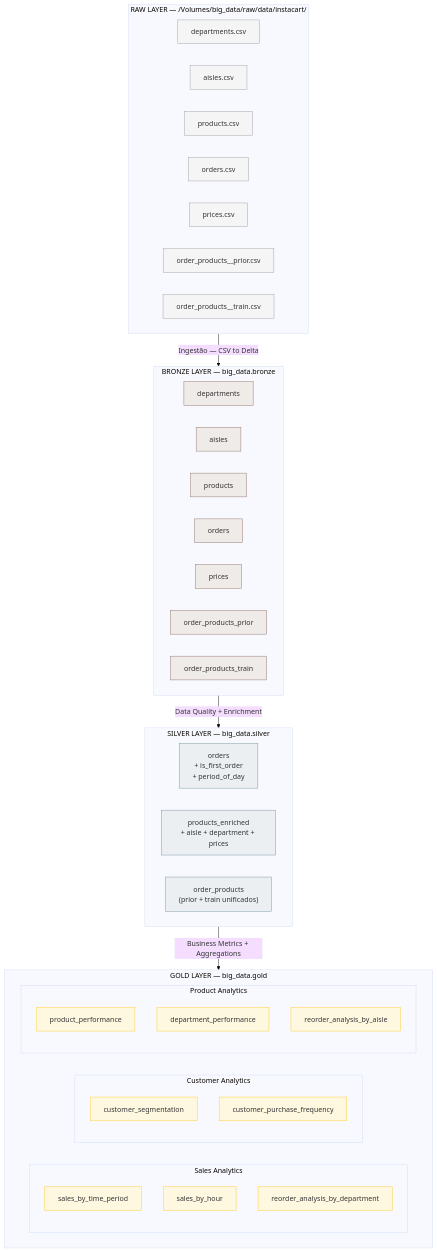
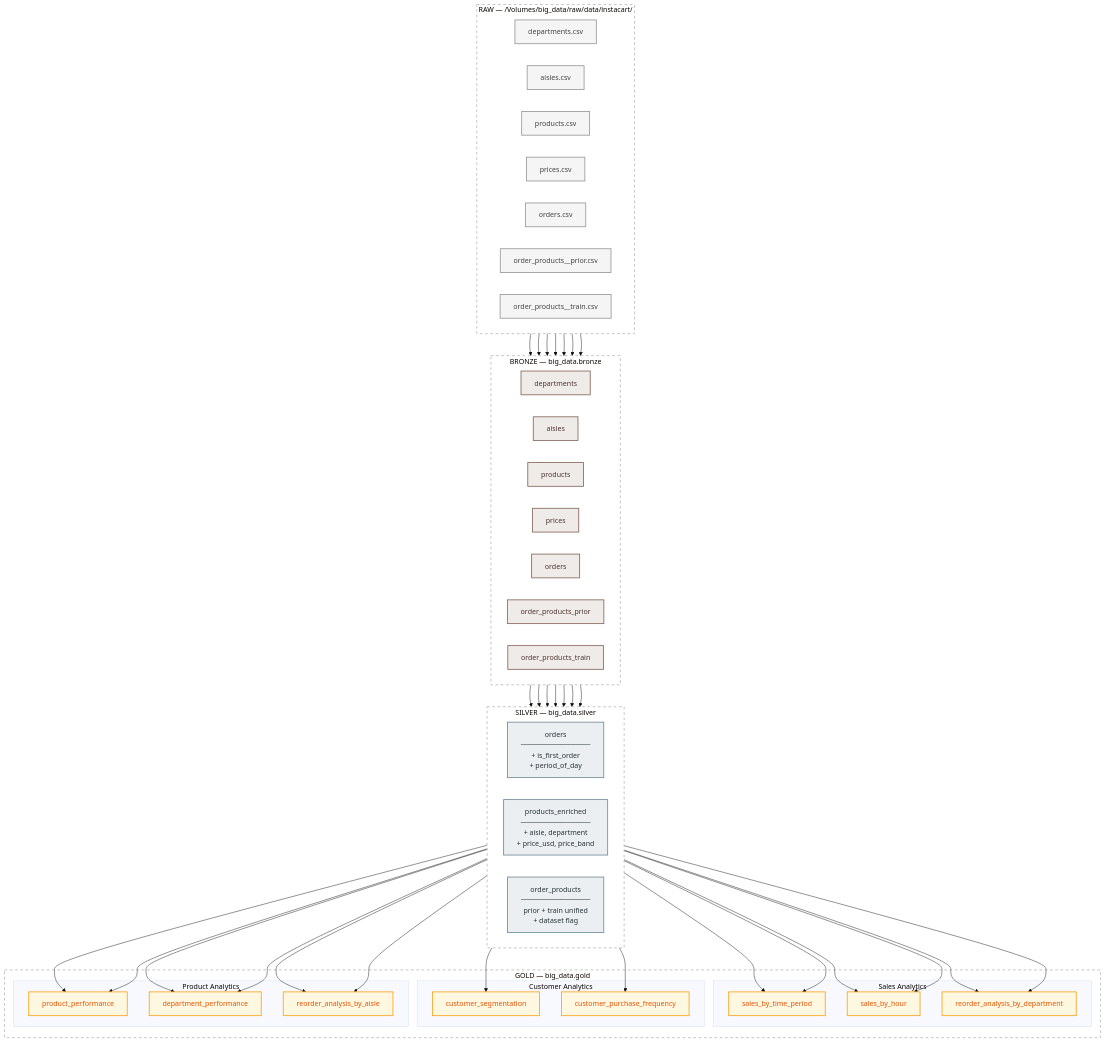
Before and after one commit to Kal-0/credit_card_fraud_detection: the diagram in docs/arquitetura.md, drawn with Mermaid (base theme). The commit also changed other lines of this file and 3 other files, not shown here.

Commit message:
updated README.md, docs/arquitetura.md, docs/pipeline.md; renamed diagram.md to docs/diagram.md

````diff
--- a/docs/arquitetura.md
+++ b/docs/arquitetura.md
@@ -73,59 +74,108 @@
 ```mermaid
 flowchart TD
 
-classDef raw fill:#f5f5f5,stroke:#9e9e9e,stroke-width:1px;
-classDef bronze fill:#efebe9,stroke:#8d6e63,stroke-width:1px;
-classDef silver fill:#eceff1,stroke:#78909c,stroke-width:1px;
-classDef gold fill:#fff8e1,stroke:#ffca28,stroke-width:1px;
+    classDef raw fill:#f5f5f5,stroke:#9e9e9e,stroke-width:2px,color:#424242
+    classDef bronze fill:#efebe9,stroke:#8d6e63,stroke-width:2px,color:#4e342e
+    classDef silver fill:#eceff1,stroke:#78909c,stroke-width:2px,color:#263238
+    classDef gold fill:#fff8e1,stroke:#f9a825,stroke-width:2px,color:#e65100
+    classDef layer fill:none,stroke:#bdbdbd,stroke-width:2px,stroke-dasharray:6
 
-subgraph RAW["RAW LAYER — /Volumes/big_data/raw/data/instacart/"]
+    %% ───────────────────────── RAW LAYER ─────────────────────────
+    subgraph RAW["RAW — /Volumes/big_data/raw/data/instacart/"]
         direction LR
-        R1["departments.csv"]:::raw
-        R2["aisles.csv"]:::raw
-        R3["products.csv"]:::raw
-        R4["orders.csv"]:::raw
-        R5["prices.csv"]:::raw
-        R6["order_products__prior.csv"]:::raw
-        R7["order_products__train.csv"]:::raw
-end
+        R_dept["departments.csv"]:::raw
+        R_aisle["aisles.csv"]:::raw
+        R_prod["products.csv"]:::raw
+        R_price["prices.csv"]:::raw
+        R_ord["orders.csv"]:::raw
+        R_prior["order_products__prior.csv"]:::raw
+        R_train["order_products__train.csv"]:::raw
+    end
+    class RAW layer
 
-subgraph BRONZE["BRONZE LAYER — big_data.bronze"]
+    %% ───────────────────────── BRONZE LAYER ─────────────────────────
+    subgraph BRONZE["BRONZE — big_data.bronze"]
         direction LR
-        B1["departments"]:::bronze
-        B2["aisles"]:::bronze
-        B3["products"]:::bronze
-        B4["orders"]:::bronze
-        B5["prices"]:::bronze
-        B6["order_products_prior"]:::bronze
-        B7["order_products_train"]:::bronze
-end
+        B_dept["departments"]:::bronze
+        B_aisle["aisles"]:::bronze
+        B_prod["products"]:::bronze
+        B_price["prices"]:::bronze
+        B_ord["orders"]:::bronze
+        B_prior["order_products_prior"]:::bronze
+        B_train["order_products_train"]:::bronze
+    end
+    class BRONZE layer
 
-subgraph SILVER["SILVER LAYER — big_data.silver"]
+    %% RAW → BRONZE (1:1 ingestion)
+    R_dept  --> B_dept
+    R_aisle --> B_aisle
+    R_prod  --> B_prod
+    R_price --> B_price
+    R_ord   --> B_ord
+    R_prior --> B_prior
+    R_train --> B_train
+
+    %% ───────────────────────── SILVER LAYER ─────────────────────────
+    subgraph SILVER["SILVER — big_data.silver"]
         direction LR
-        S1["orders\n+ is_first_order\n+ period_of_day"]:::silver
-        S2["products_enriched\n+ aisle + department + prices"]:::silver
-        S3["order_products\n(prior + train unificados)"]:::silver
-end
+        S_ord["orders
+        ──────────────
+        + is_first_order
+        + period_of_day"]:::silver
 
-subgraph GOLD["GOLD LAYER — big_data.gold"]
-        direction LR
-        subgraph SALES["Sales Analytics"]
-                G1["sales_by_time_period"]:::gold
-                G2["sales_by_hour"]:::gold
-                G3["reorder_analysis_by_department"]:::gold
+        S_prod["products_enriched
+        ──────────────
+        + aisle, department
+        + price_usd, price_band"]:::silver
+
+        S_op["order_products
+        ──────────────
+        prior + train unified
+        + dataset flag"]:::silver
+    end
+    class SILVER layer
+
+    %% BRONZE → SILVER (data lineage)
+    B_ord   --> S_ord
+    B_prod  --> S_prod
+    B_aisle --> S_prod
+    B_dept  --> S_prod
+    B_price --> S_prod
+    B_prior --> S_op
+    B_train --> S_op
+
+    %% ───────────────────────── GOLD LAYER ─────────────────────────
+    subgraph GOLD["GOLD — big_data.gold"]
+        subgraph G_SALES["Sales Analytics"]
+            G1["sales_by_time_period"]:::gold
+            G2["sales_by_hour"]:::gold
+            G3["reorder_analysis_by_department"]:::gold
         end
-        subgraph CUSTOMER["Customer Analytics"]
-                G4["customer_segmentation"]:::gold
-                G5["customer_purchase_frequency"]:::gold
+        subgraph G_CUST["Customer Analytics"]
+            G4["customer_segmentation"]:::gold
+            G5["customer_purchase_frequency"]:::gold
         end
-        subgraph PRODUCT["Product Analytics"]
-                G6["product_performance"]:::gold
-                G7["department_performance"]:::gold
-                G8["reorder_analysis_by_aisle"]:::gold
+        subgraph G_PROD["Product Analytics"]
+            G6["product_performance"]:::gold
+            G7["department_performance"]:::gold
+            G8["reorder_analysis_by_aisle"]:::gold
         end
-end
+    end
+    class GOLD layer
 
-RAW -->|"Ingestão — CSV to Delta"| BRONZE
-BRONZE -->|"Data Quality + Enrichment"| SILVER
-SILVER -->|"Business Metrics + Aggregations"| GOLD
+    %% SILVER → GOLD (data lineage)
+    S_ord  --> G1
+    S_op   --> G1
+    S_ord  --> G2
+    S_op   --> G2
+    S_op   --> G3
+    S_prod --> G3
+    S_ord  --> G4
+    S_ord  --> G5
+    S_op   --> G6
+    S_prod --> G6
+    S_op   --> G7
+    S_prod --> G7
+    S_op   --> G8
+    S_prod --> G8
 ```
````
